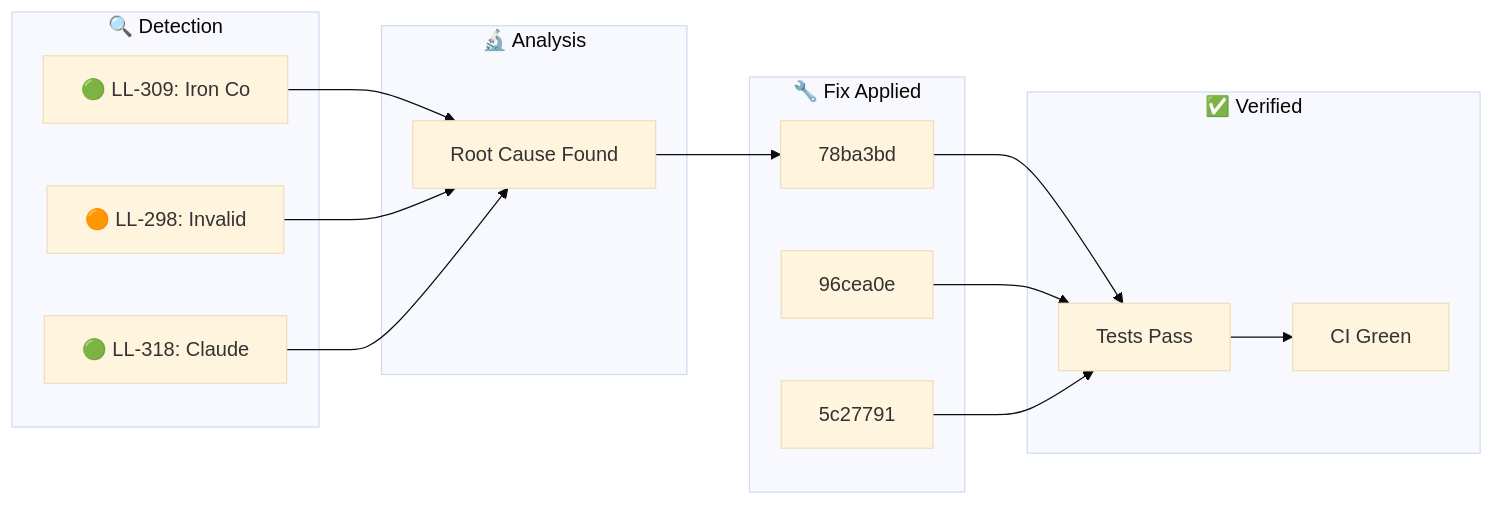
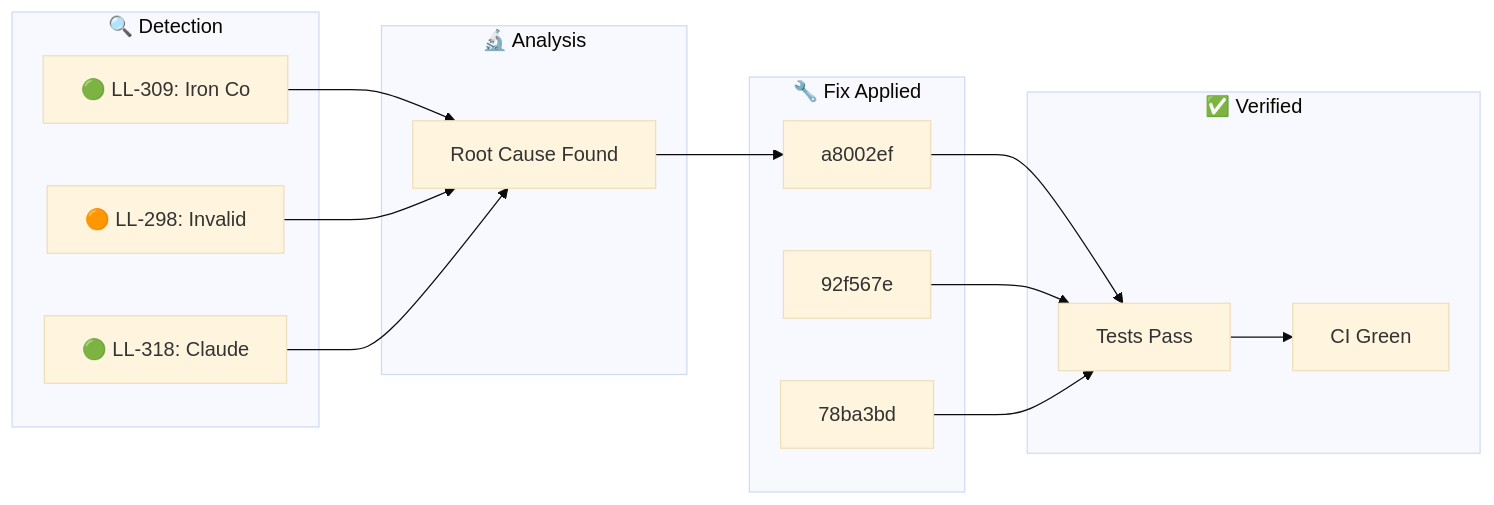
Before and after one commit to YoByron/trading: the diagram in docs/_posts/2026-02-01-ralph-discovery.md, drawn with Mermaid (base theme). The commit also changed other lines of this file, not shown here.

````diff
--- a/docs/_posts/2026-02-01-ralph-discovery.md
+++ b/docs/_posts/2026-02-01-ralph-discovery.md
@@ -17,28 +17,28 @@
 ```mermaid
 flowchart LR
     subgraph Detection["🔍 Detection"]
         D1["🟢 LL-309: Iron Co"]
         D2["🟠 LL-298: Invalid"]
         D3["🟢 LL-318: Claude "]
     end
     subgraph Analysis["🔬 Analysis"]
         A1["Root Cause Found"]
     end
     subgraph Fix["🔧 Fix Applied"]
-        F1["78ba3bd"]
-        F2["96cea0e"]
-        F3["5c27791"]
+        F1["a8002ef"]
+        F2["92f567e"]
+        F3["78ba3bd"]
     end
     subgraph Verify["✅ Verified"]
         V1["Tests Pass"]
         V2["CI Green"]
     end
     D1 --> A1
     D2 --> A1
     D3 --> A1
     A1 --> F1
     F1 --> V1
     F2 --> V1
     F3 --> V1
     V1 --> V2
 ```
````
